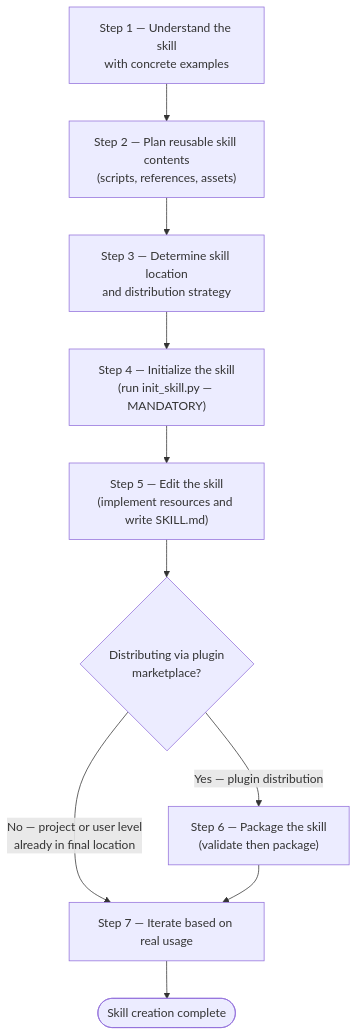
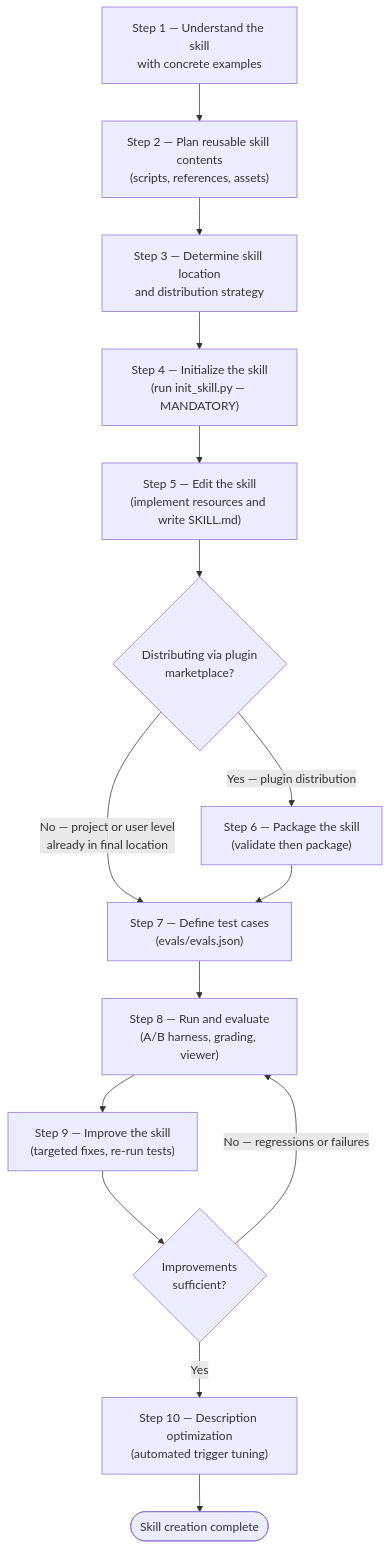
Before and after one commit to chgreer1070/claude_skills: the third of 5 diagrams in plugins/plugin-creator/skills/skill-creator/SKILL.md, drawn with Mermaid. The commit also changed other lines of this file and 19 other files, not shown here.

First line of the commit message:
feat(skill-creator): add A/B evaluation harness and description optimization from official anthropics/skills

````diff
--- a/plugins/plugin-creator/skills/skill-creator/SKILL.md
+++ b/plugins/plugin-creator/skills/skill-creator/SKILL.md
@@ -409,13 +409,19 @@
 ```mermaid
 flowchart TD
     S1["Step 1 — Understand the skill<br>with concrete examples"] --> S2
     S2["Step 2 — Plan reusable skill contents<br>(scripts, references, assets)"] --> S3
     S3["Step 3 — Determine skill location<br>and distribution strategy"] --> S4
     S4["Step 4 — Initialize the skill<br>(run init_skill.py — MANDATORY)"] --> S5
     S5["Step 5 — Edit the skill<br>(implement resources and write SKILL.md)"] --> S6Q
     S6Q{"Distributing via plugin<br>marketplace?"}
     S6Q -->|"Yes — plugin distribution"| S6["Step 6 — Package the skill<br>(validate then package)"]
     S6Q -->|"No — project or user level<br>already in final location"| S7
     S6 --> S7
-    S7["Step 7 — Iterate based on real usage"] --> Done(["Skill creation complete"])
+    S7["Step 7 — Define test cases<br>(evals/evals.json)"] --> S8
+    S8["Step 8 — Run and evaluate<br>(A/B harness, grading, viewer)"] --> S9
+    S9["Step 9 — Improve the skill<br>(targeted fixes, re-run tests)"] --> S9Q
+    S9Q{"Improvements<br>sufficient?"}
+    S9Q -->|"No — regressions or failures"| S8
+    S9Q -->|"Yes"| S10
+    S10["Step 10 — Description optimization<br>(automated trigger tuning)"] --> Done(["Skill creation complete"])
 ```
````
